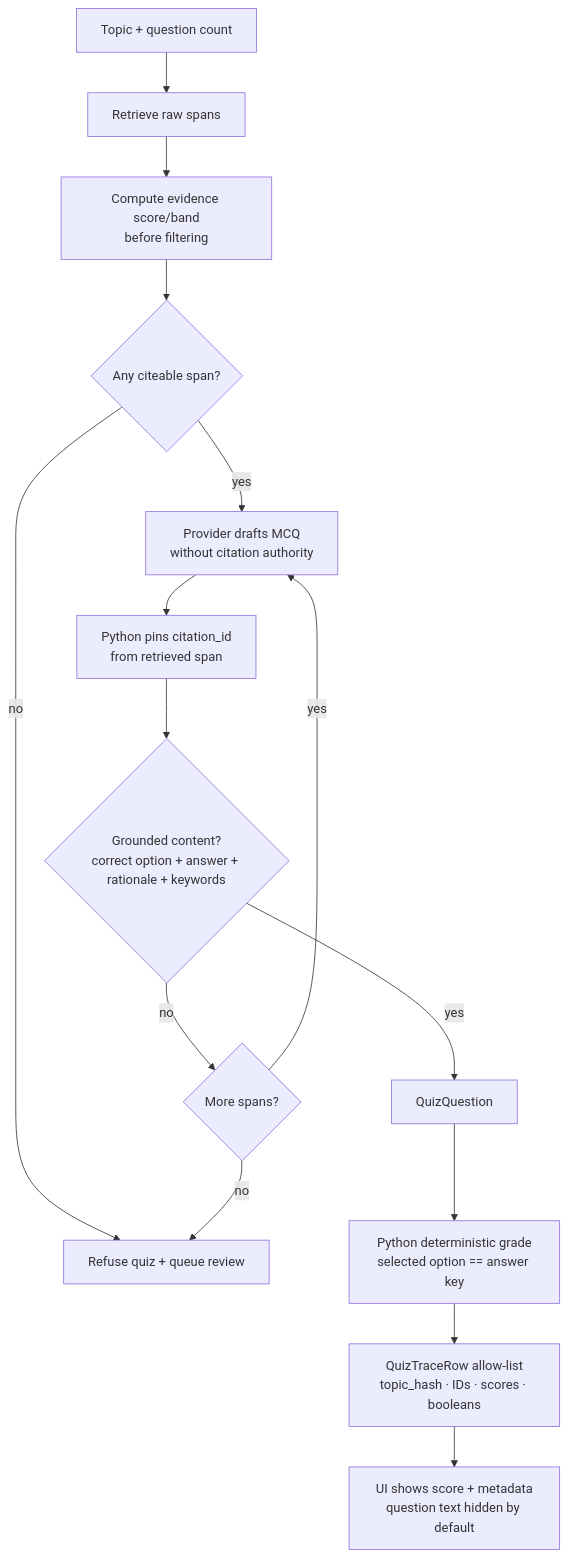
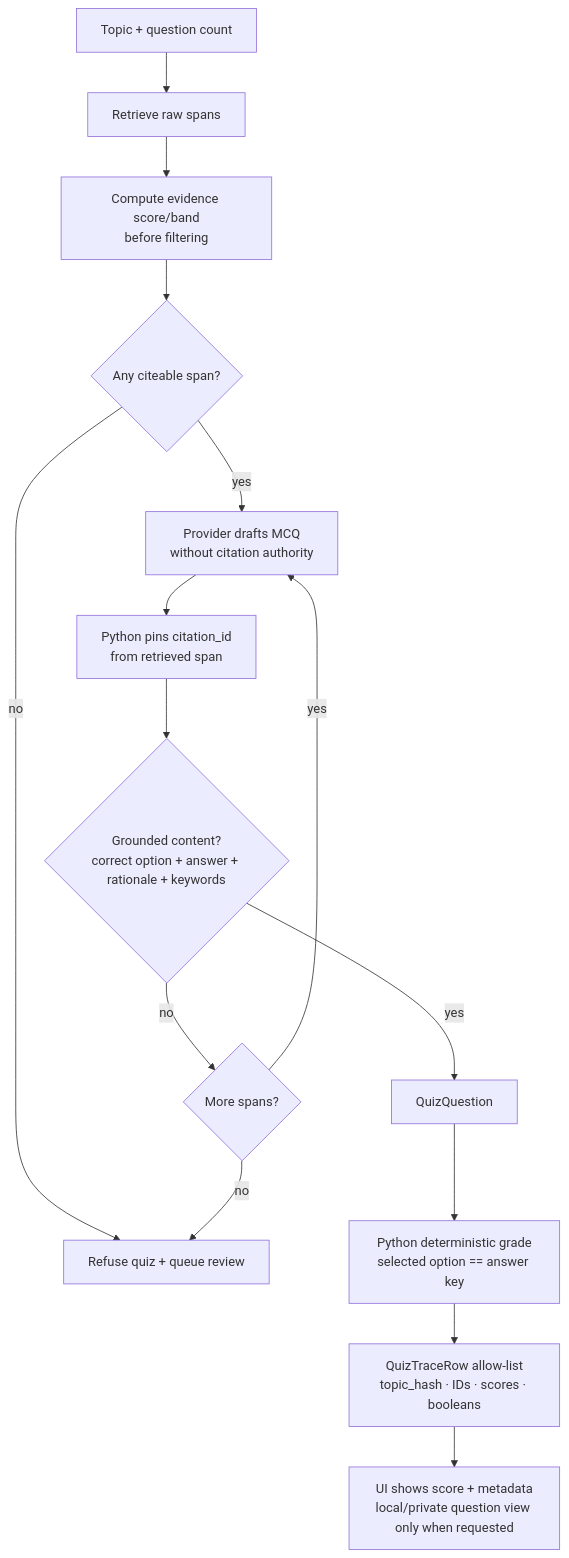
Before and after one commit to manjunath84/genacademy-coach: the seventh of 13 diagrams in docs/architecture-diagrams.md, drawn with Mermaid. The commit also changed other lines of this file and 8 other files, not shown here.

````diff
--- a/docs/architecture-diagrams.md
+++ b/docs/architecture-diagrams.md
@@ -281,17 +281,17 @@
 ```mermaid
 flowchart TD
     Topic["Topic + question count"] --> Retrieve["Retrieve raw spans"]
     Retrieve --> Score["Compute evidence score/band\nbefore filtering"]
     Score --> Citeable{"Any citeable span?"}
     Citeable -->|no| Refuse["Refuse quiz + queue review"]
     Citeable -->|yes| Draft["Provider drafts MCQ\nwithout citation authority"]
     Draft --> Pin["Python pins citation_id\nfrom retrieved span"]
     Pin --> Validate{"Grounded content?\ncorrect option + answer + rationale + keywords"}
     Validate -->|no| NextSpan{"More spans?"}
     NextSpan -->|yes| Draft
     NextSpan -->|no| Refuse
     Validate -->|yes| Question["QuizQuestion"]
     Question --> Grade["Python deterministic grade\nselected option == answer key"]
     Grade --> Trace["QuizTraceRow allow-list\ntopic_hash · IDs · scores · booleans"]
-    Trace --> UI["UI shows score + metadata\nquestion text hidden by default"]
+    Trace --> UI["UI shows score + metadata\nlocal/private question view only when requested"]
 ```
````
